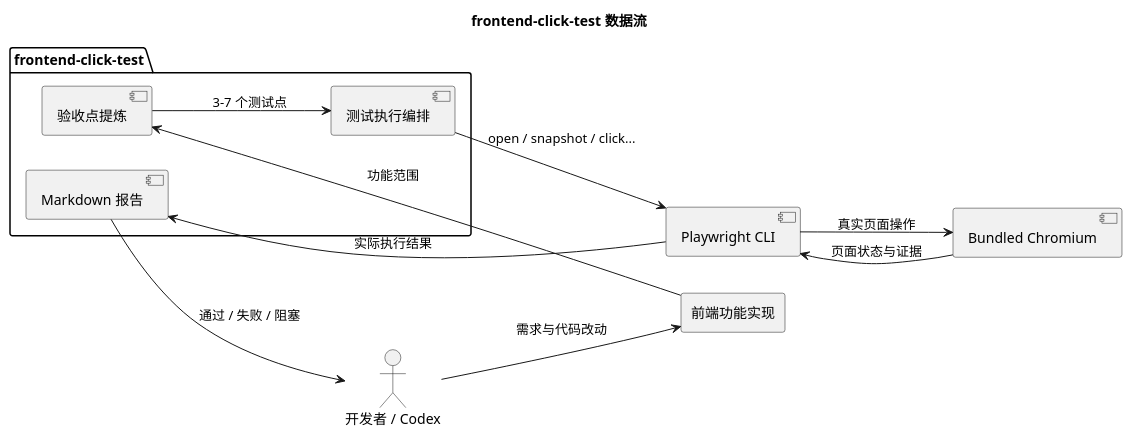
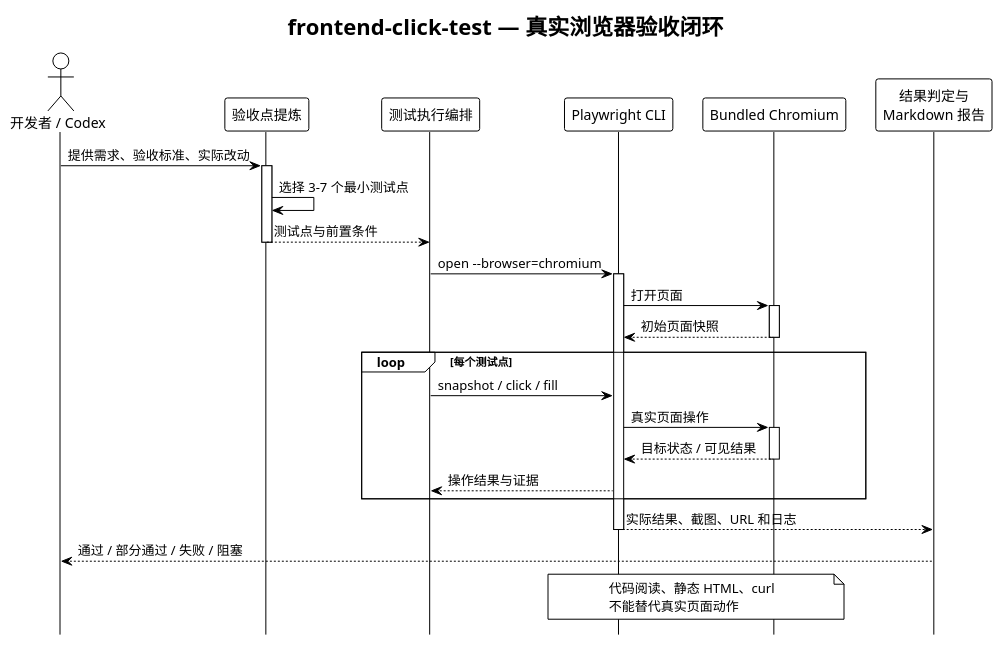
One commit to i-zrhe2016/test-skill changed the diagram in docs/diagrams/frontend-click-test-flow.puml. Above: the diagram before and after it, drawn with PlantUML. The commit also changed 4 other files, not shown here.

Commit message:
docs(frontend-click-test): render architecture diagram

```diff
--- a/docs/diagrams/frontend-click-test-flow.puml
+++ b/docs/diagrams/frontend-click-test-flow.puml
@@ -1,25 +1,44 @@
 @startuml
-title frontend-click-test 数据流
-left to right direction
+!theme plain
+
+title frontend-click-test — 真实浏览器验收闭环
+hide footbox
 
 actor "开发者 / Codex" as author
-rectangle "前端功能实现" as feature
+participant "验收点提炼" as criteria
+participant "测试执行编排" as orchestration
+participant "Playwright CLI" as cli
+participant "Bundled Chromium" as chromium
+participant "结果判定与\nMarkdown 报告" as report
 
-package "frontend-click-test" {
-  component "验收点提炼" as criteria
-  component "测试执行编排" as orchestration
-  component "Markdown 报告" as report
-}
+author -> criteria : 提供需求、验收标准、实际改动
+activate criteria
+criteria -> criteria : 选择 3–7 个最小测试点
+criteria --> orchestration : 测试点与前置条件
+deactivate criteria
 
-component "Playwright CLI" as cli
-component "Bundled Chromium" as chromium
+orchestration -> cli : open --browser=chromium
+activate cli
+cli -> chromium : 打开页面
+activate chromium
+chromium --> cli : 初始页面快照
+deactivate chromium
 
-author --> feature : 需求与代码改动
-feature --> criteria : 功能范围
-criteria --> orchestration : 3–7 个测试点
-orchestration --> cli : open / snapshot / click...
-cli --> chromium : 真实页面操作
-chromium --> cli : 页面状态与证据
-cli --> report : 实际执行结果
-report --> author : 通过 / 失败 / 阻塞
+loop 每个测试点
+  orchestration -> cli : snapshot / click / fill
+  cli -> chromium : 真实页面操作
+  activate chromium
+  chromium --> cli : 目标状态 / 可见结果
+  deactivate chromium
+  cli --> orchestration : 操作结果与证据
+end
+
+cli --> report : 实际结果、截图、URL 和日志
+deactivate cli
+report --> author : 通过 / 部分通过 / 失败 / 阻塞
+
+note over cli, chromium
+  代码阅读、静态 HTML、curl
+  不能替代真实页面动作
+end note
 @enduml
```
